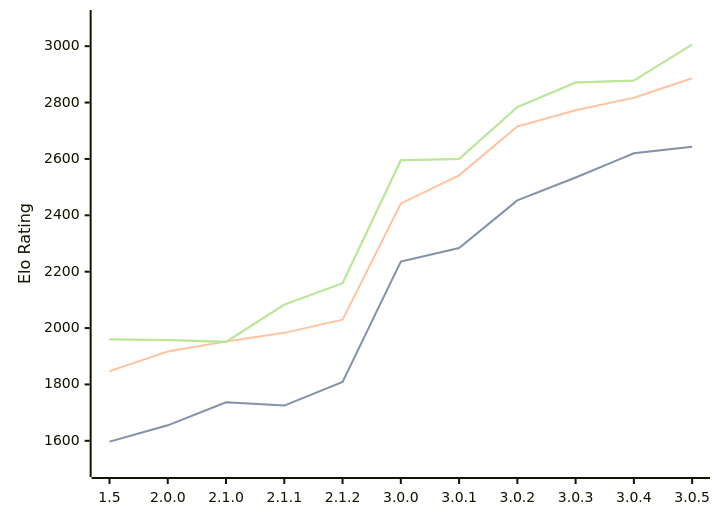
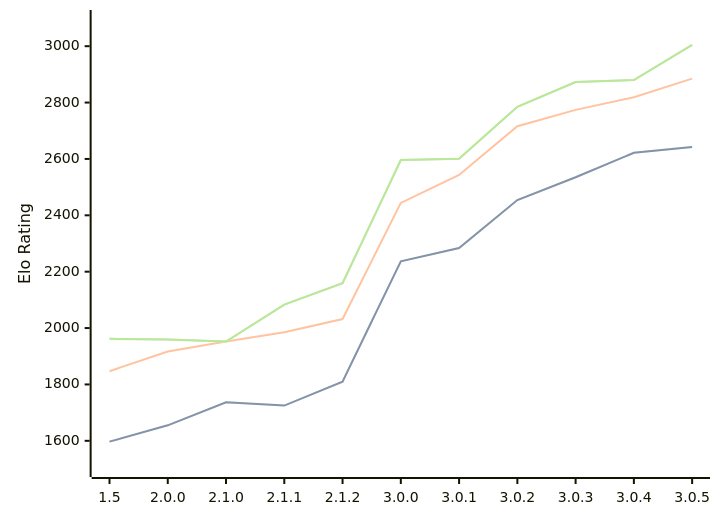
One commit to computer-chess-index/cci changed the diagram in engines/Rudim.md. Above: the diagram before and after it, drawn with Mermaid. The commit also changed other lines of this file, not shown here.

Commit message:
Update CCI Ratings (ELO VLTC) - 2026-09-01

````diff
--- a/engines/Rudim.md
+++ b/engines/Rudim.md
@@ -45,11 +45,11 @@
 ```mermaid
 %%{init: {"theme":"base","themeVariables":{"seriesColors:['#a3a3a3','#222221','#faa371']}}}%%
 xychart-beta
   x-axis ["1.5", "2.0.0", "2.1.0", "2.1.1", "2.1.2", "3.0.0", "3.0.1", "3.0.2", "3.0.3", "3.0.4", "3.0.5"]
   y-axis "Elo Rating" 1500 --> 3100
-  line "" [1597, 1655, 1737, 1725, 1809, 2236, 2284, 2453, 2534, 2620, 2643]
-  line "STC (8.0+0.08s)" [1597, 1655, 1737, 1725, 1809, 2236, 2284, 2453, 2534, 2620, 2643]
-  line "LTC (60.0+0.60s)" [1847, 1917, 1952, 1983, 2030, 2442, 2542, 2715, 2773, 2817, 2886]
-  line "" [1960, 1958, 1951, 2083, 2159, 2595, 2600, 2784, 2871, 2878, 3006]
-  line "VLTC (2m24s+1.12s)" [1960, 1958, 1951, 2083, 2159, 2595, 2600, 2784, 2871, 2878, 3006]
+  line "" [1597, 1655, 1737, 1725, 1810, 2237, 2284, 2454, 2535, 2622, 2642]
+  line "STC (8.0+0.08s)" [1597, 1655, 1737, 1725, 1810, 2237, 2284, 2454, 2535, 2622, 2642]
+  line "LTC (60.0+0.60s)" [1847, 1917, 1952, 1985, 2032, 2444, 2543, 2716, 2774, 2819, 2885]
+  line "" [1962, 1959, 1952, 2083, 2159, 2596, 2601, 2785, 2873, 2880, 3005]
+  line "VLTC (2m24s+1.12s)" [1962, 1959, 1952, 2083, 2159, 2596, 2601, 2785, 2873, 2880, 3005]
 ```
````
